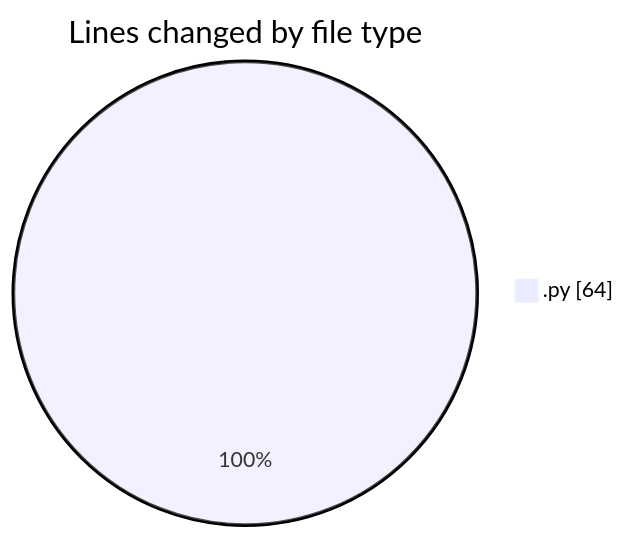
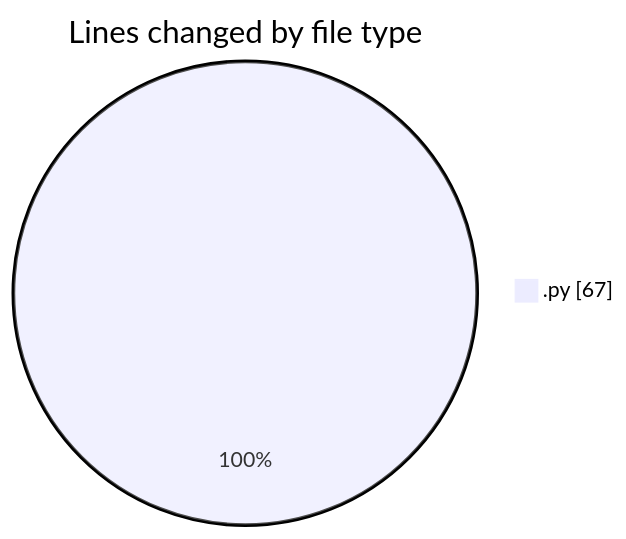
One commit to hasnaa123/code-tracking changed the first of 2 diagrams in 2026-02-23/student_performance_system/README.md. Above: the diagram before and after it, drawn with Mermaid. The commit also changed other lines of this file and 1 other file, not shown here.

````diff
--- a/2026-02-23/student_performance_system/README.md
+++ b/2026-02-23/student_performance_system/README.md
@@ -20,5 +20,5 @@
 ```mermaid
 pie showData
 title Lines changed by file type
-".py" : 64
+".py" : 67
 ```
````
